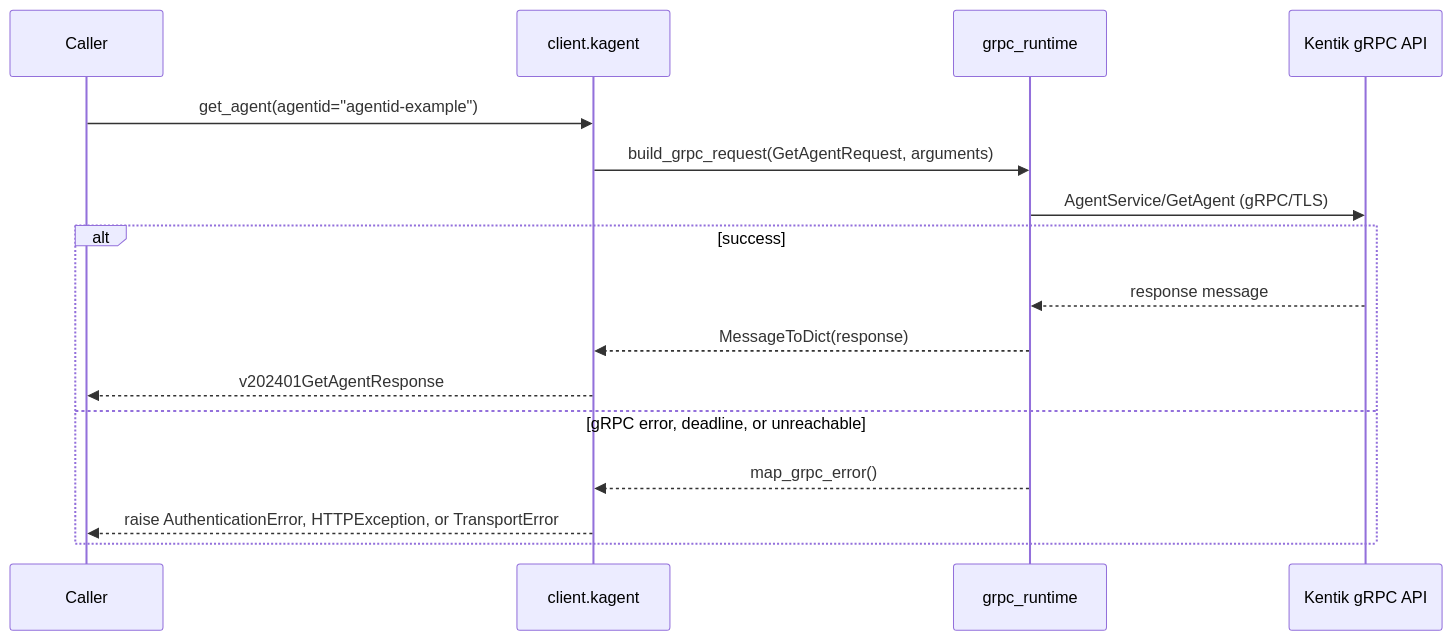
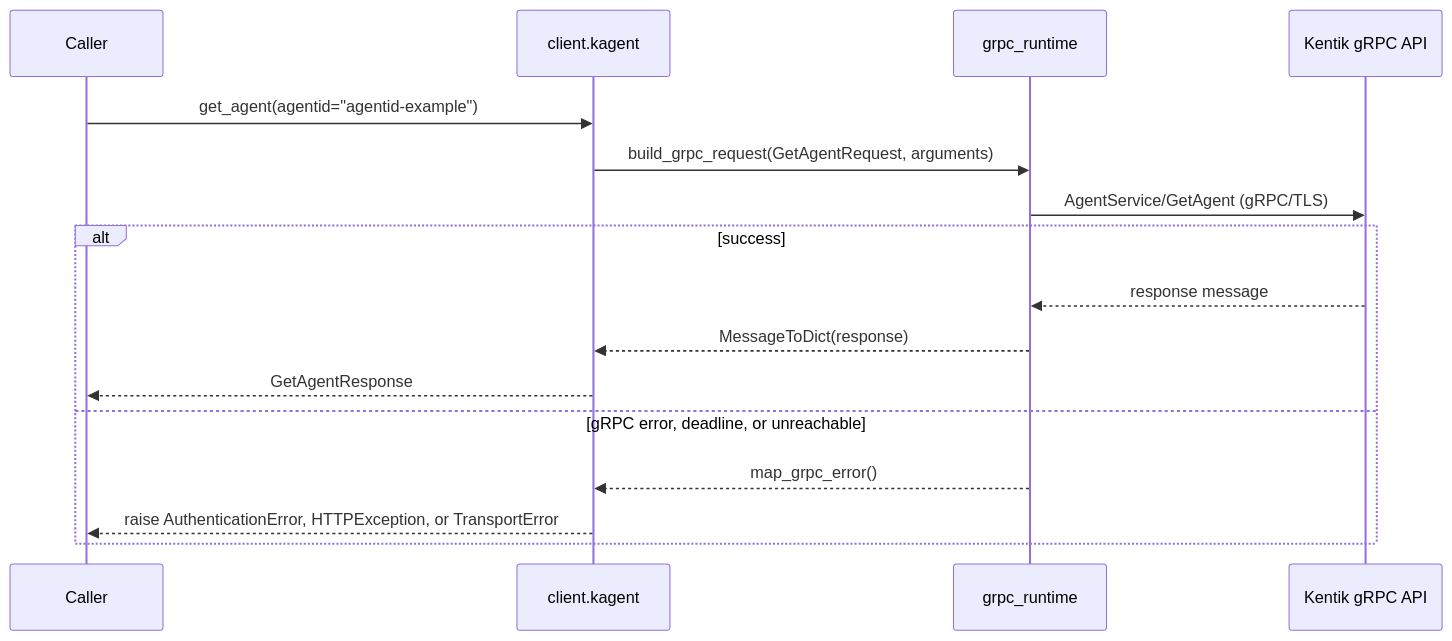
One commit to alexdearaujo/community_sdk_python changed diagram 11 of 58 in docs/sphinx/services/kagent.md. Above: the diagram before and after it, drawn with Mermaid. The commit also changed other lines of this file and 38 other files, not shown here.

````diff
--- a/docs/sphinx/services/kagent.md
+++ b/docs/sphinx/services/kagent.md
@@ -366,19 +366,19 @@
 ```mermaid
 sequenceDiagram
     participant C as Caller
     participant W as client.kagent
     participant R as grpc_runtime
     participant API as Kentik gRPC API
 
     C->>W: get_agent(agentid="agentid-example")
     W->>R: build_grpc_request(GetAgentRequest, arguments)
     R->>API: AgentService/GetAgent (gRPC/TLS)
     alt success
         API-->>R: response message
         R-->>W: MessageToDict(response)
-        W-->>C: v202401GetAgentResponse
+        W-->>C: GetAgentResponse
     else gRPC error, deadline, or unreachable
         R-->>W: map_grpc_error()
         W-->>C: raise AuthenticationError, HTTPException, or TransportError
     end
 ```
````
